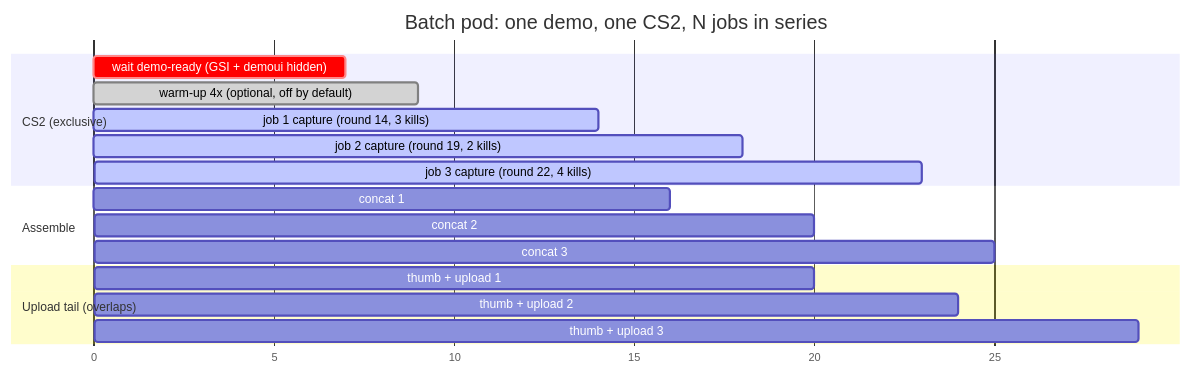
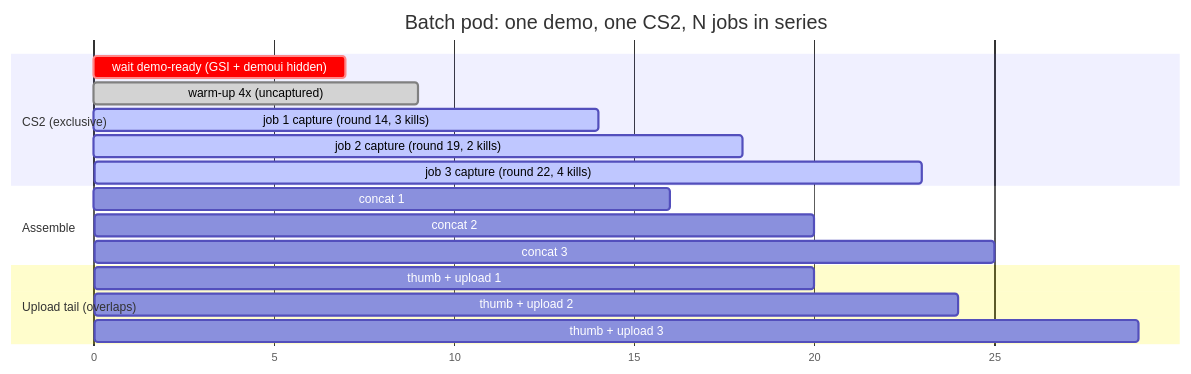
One commit to 5stackgg/game-streamer changed the first of 2 diagrams in docs/clip-render-pipeline.md. Above: the diagram before and after it, drawn with Mermaid. The commit also changed other lines of this file and 2 other files, not shown here.

First line of the commit message:
bug: turn the clip warm-up back on and wait out the compiles

````diff
--- a/docs/clip-render-pipeline.md
+++ b/docs/clip-render-pipeline.md
@@ -29,23 +29,23 @@
 ```mermaid
 gantt
     title Batch pod: one demo, one CS2, N jobs in series
     dateFormat X
     axisFormat %s
 
     section CS2 (exclusive)
     wait demo-ready (GSI + demoui hidden)   :crit, 0, 7
-    warm-up 4x (optional, off by default)   :done, 7, 9
+    warm-up 4x (uncaptured)                 :done, 7, 9
     job 1 capture (round 14, 3 kills)       :active, 9, 14
     job 2 capture (round 19, 2 kills)       :active, 14, 18
     job 3 capture (round 22, 4 kills)       :active, 18, 23
 
     section Assemble
     concat 1                                :14, 16
     concat 2                                :18, 20
     concat 3                                :23, 25
 
     section Upload tail (overlaps)
     thumb + upload 1                        :16, 20
     thumb + upload 2                        :20, 24
     thumb + upload 3                        :25, 29
 ```
````
